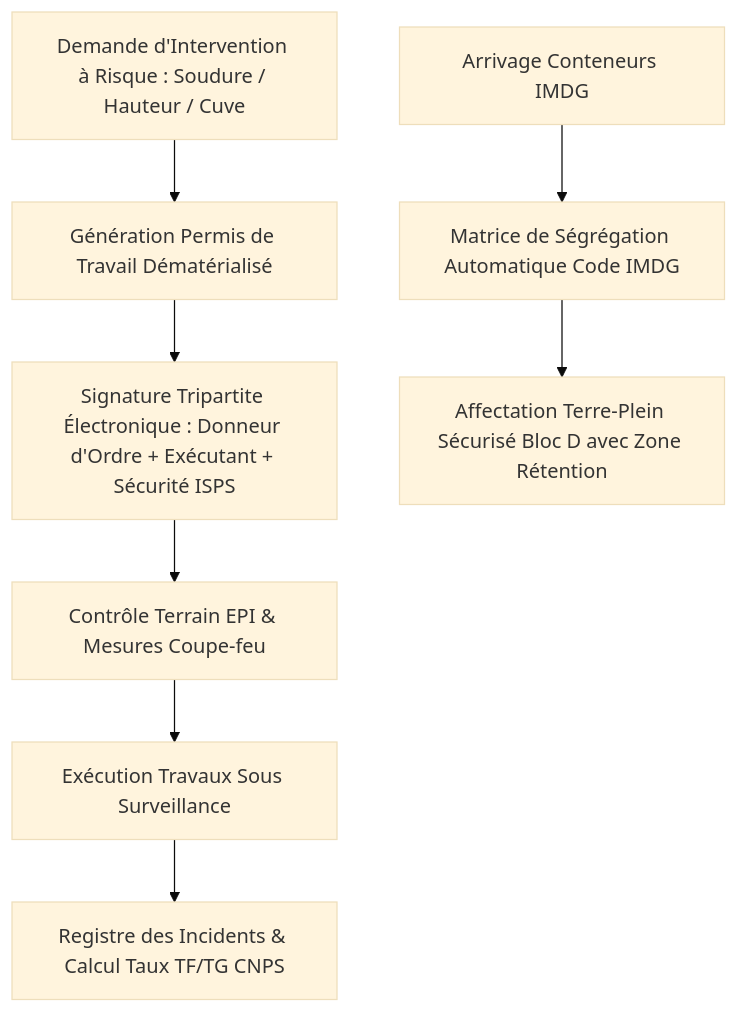
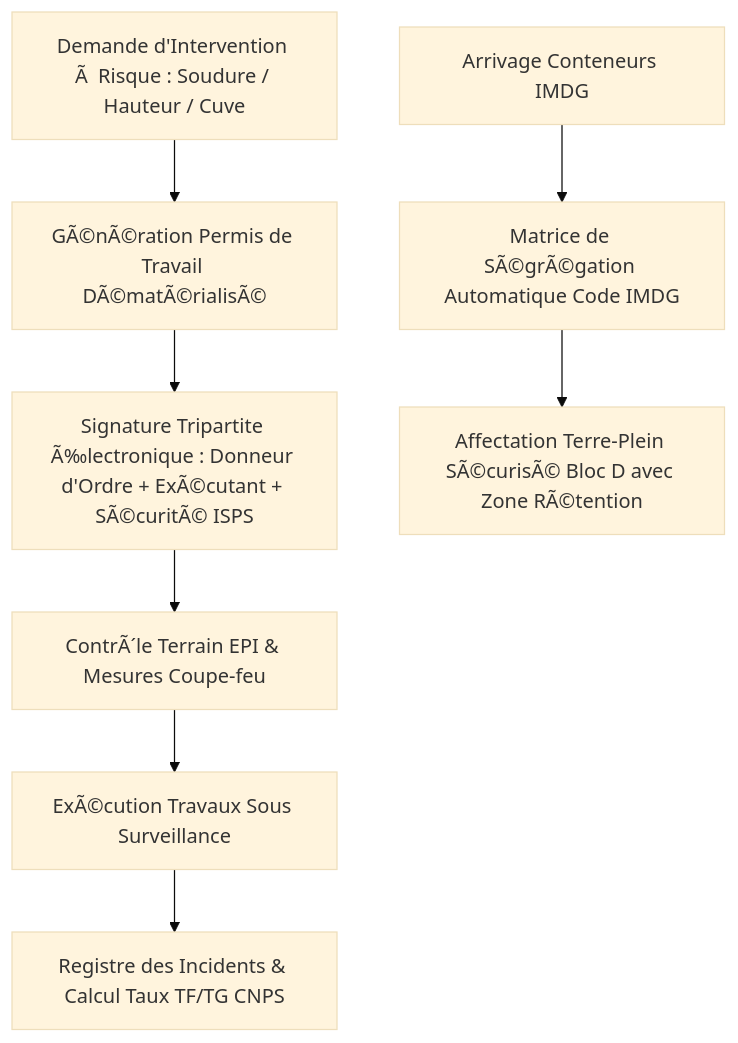
Before and after one commit to elevationchic-ux/evo-log-pro: the diagram in RAPORT_EXPERTISE_QHSE_SECURITE.md, drawn with Mermaid (base theme). The commit also changed other lines of this file and 27 other files, not shown here.

````diff
--- a/RAPORT_EXPERTISE_QHSE_SECURITE.md
+++ b/RAPORT_EXPERTISE_QHSE_SECURITE.md
@@ -54,10 +54,10 @@
 ```mermaid
 graph TD
-    A[Demande d'Intervention à Risque : Soudure / Hauteur / Cuve] --> B[Génération Permis de Travail Dématérialisé]
-    B --> C[Signature Tripartite Électronique : Donneur d'Ordre + Exécutant + Sécurité ISPS]
-    C --> D[Contrôle Terrain EPI & Mesures Coupe-feu]
-    D --> E[Exécution Travaux Sous Surveillance]
-    F[Arrivage Conteneurs IMDG] --> G[Matrice de Ségrégation Automatique Code IMDG]
-    G --> H[Affectation Terre-Plein Sécurisé Bloc D avec Zone Rétention]
+    A[Demande d'Intervention Ã  Risque : Soudure / Hauteur / Cuve] --> B[GÃ©nÃ©ration Permis de Travail DÃ©matÃ©rialisÃ©]
+    B --> C[Signature Tripartite Ã‰lectronique : Donneur d'Ordre + ExÃ©cutant + SÃ©curitÃ© ISPS]
+    C --> D[ContrÃ´le Terrain EPI & Mesures Coupe-feu]
+    D --> E[ExÃ©cution Travaux Sous Surveillance]
+    F[Arrivage Conteneurs IMDG] --> G[Matrice de SÃ©grÃ©gation Automatique Code IMDG]
+    G --> H[Affectation Terre-Plein SÃ©curisÃ© Bloc D avec Zone RÃ©tention]
     E --> I[Registre des Incidents & Calcul Taux TF/TG CNPS]
 ```
````
